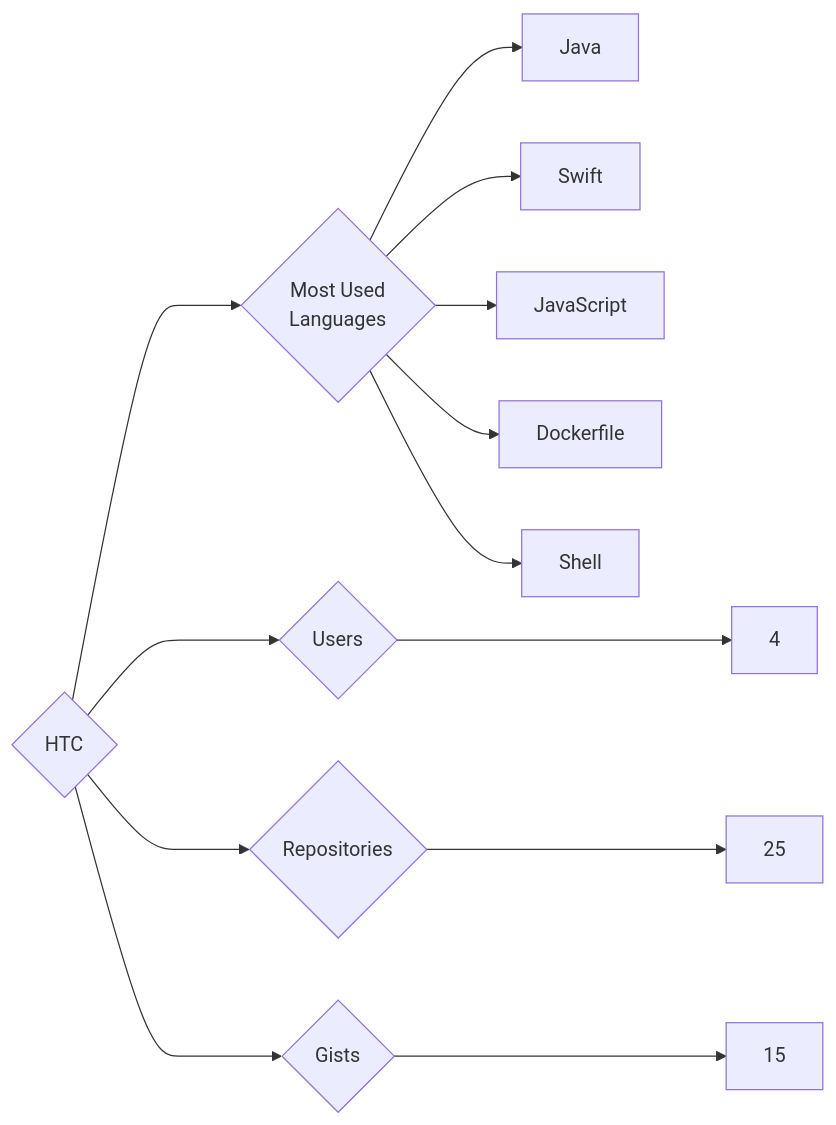
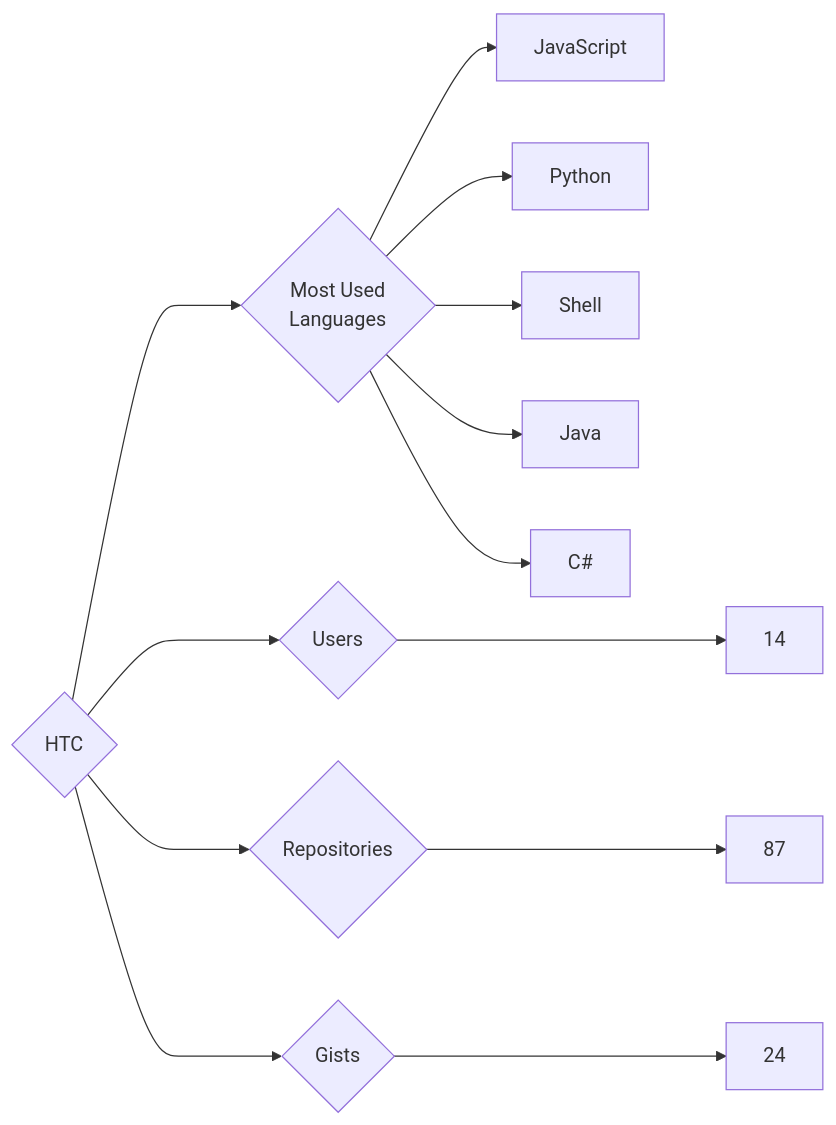
Before and after one commit to trickest/insiders: the diagram in targets/HTC/README.md, drawn with Mermaid. The commit also changed 900 other files, not shown here.

````diff
--- a/targets/HTC/README.md
+++ b/targets/HTC/README.md
@@ -3,13 +3,13 @@
 ```mermaid
 graph LR
 COMPANY_NAME{HTC}
-COMPANY_NAME ---> U{Users} ---> UN[4]
-COMPANY_NAME ---> R{Repositories} ---> RN[25]
-COMPANY_NAME ---> G{Gists} ---> GN[15]
+COMPANY_NAME ---> U{Users} ---> UN[14]
+COMPANY_NAME ---> R{Repositories} ---> RN[87]
+COMPANY_NAME ---> G{Gists} ---> GN[24]
 COMPANY_NAME ---> ML{Most Used<br>Languages}
+ML --> JavaScript[JavaScript]
+ML --> Python[Python]
+ML --> Shell[Shell]
 ML --> Java[Java]
-ML --> Swift[Swift]
-ML --> JavaScript[JavaScript]
-ML --> Dockerfile[Dockerfile]
-ML --> Shell[Shell]
+ML --> C#[C#]
 ```
````
